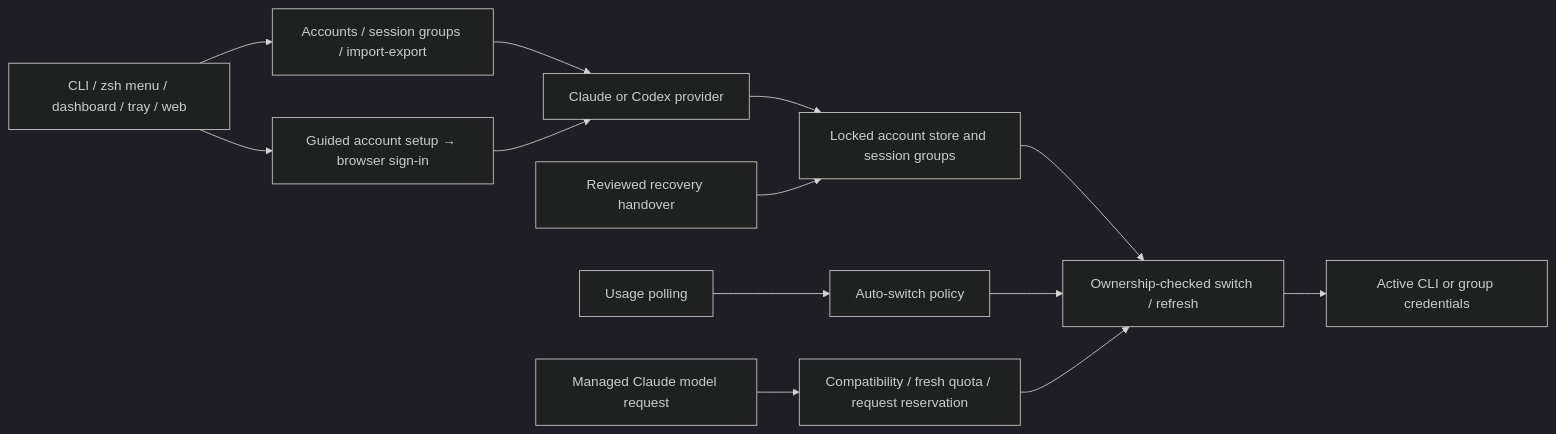
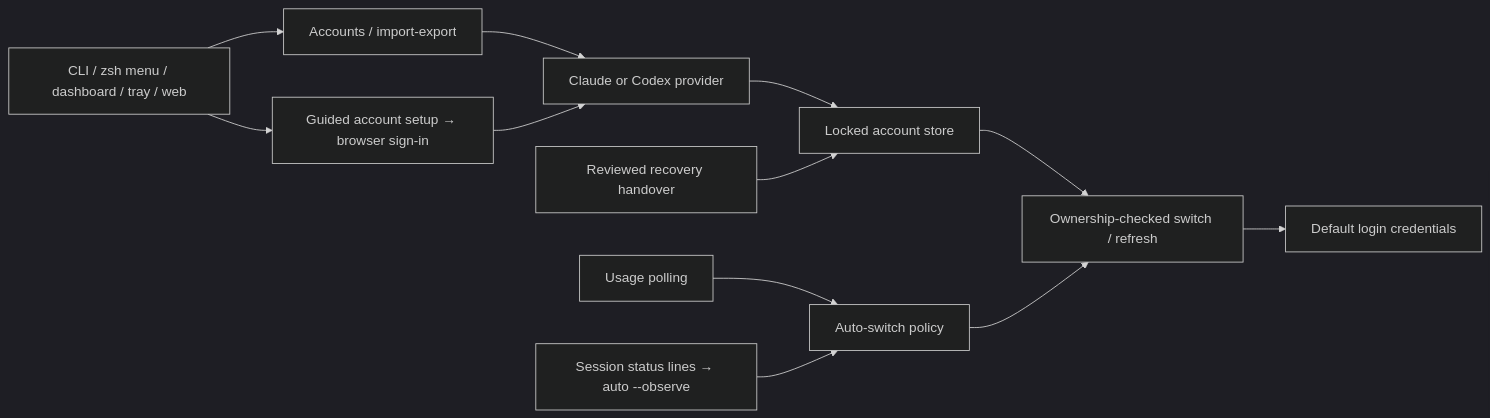
One commit to tyclab/tycswap changed the diagram in README.md. Above: the diagram before and after it, drawn with Mermaid (dark theme). The commit also changed other lines of this file and 3 other files, not shown here.

First line of the commit message:
docs: retire session groups and tycswap claude (DESIGN A78)

````diff
--- a/README.md
+++ b/README.md
@@ -1287,15 +1232,14 @@
 ```mermaid
 flowchart LR
-    A["CLI / zsh menu / dashboard / tray / web"] --> M["Accounts / session groups / import-export"]
+    A["CLI / zsh menu / dashboard / tray / web"] --> M["Accounts / import-export"]
     M --> B["Claude or Codex provider"]
     A --> I["Guided account setup → browser sign-in"]
     I --> B
-    B --> C["Locked account store and session groups"]
+    B --> C["Locked account store"]
     C --> D["Ownership-checked switch / refresh"]
-    D --> E["Active CLI or group credentials"]
+    D --> E["Default login credentials"]
     F["Usage polling"] --> G["Auto-switch policy"]
+    S["Session status lines → auto --observe"] --> G
     G --> D
-    J["Managed Claude model request"] --> K["Compatibility / fresh quota / request reservation"]
-    K --> D
     H["Reviewed recovery handover"] --> C
 ```
````
